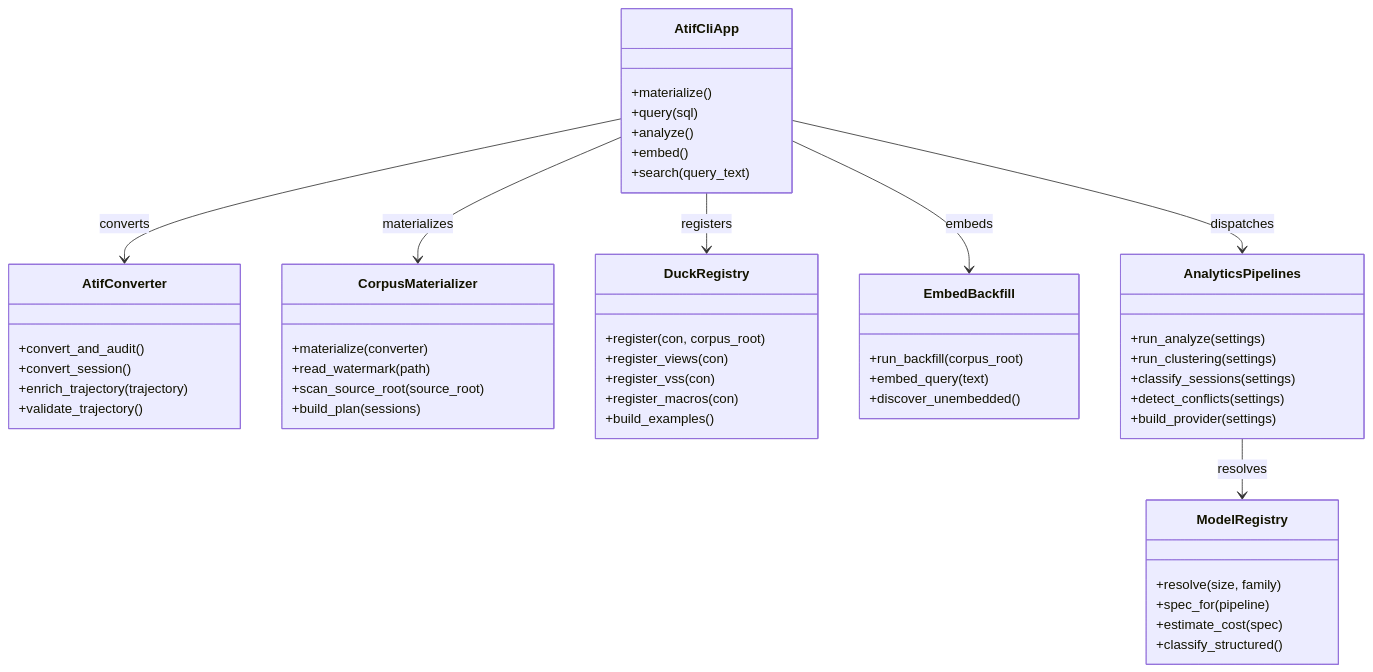
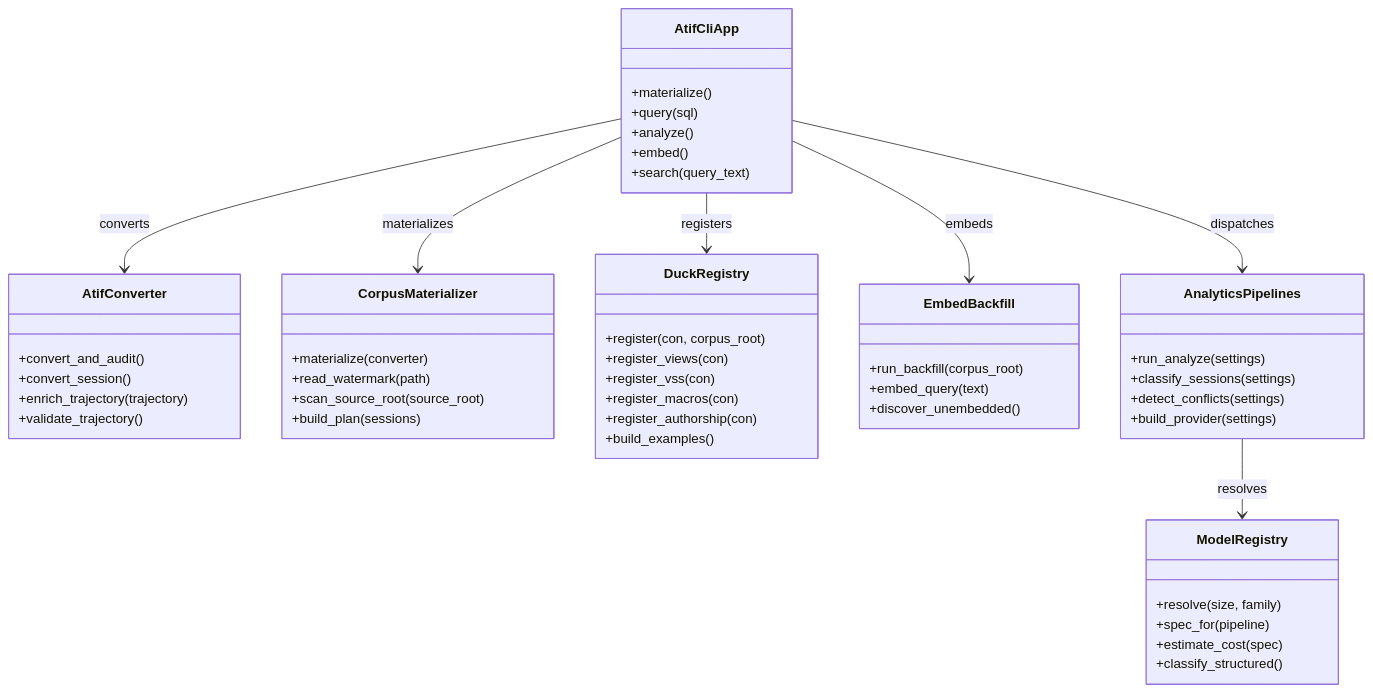
The diagram in docs/diagrams/architecture/components.md (laithalsaadoon/atif-sql), drawn with Mermaid before and after one commit. The commit also changed other lines of this file and 96 other files, not shown here.

````diff
--- a/docs/diagrams/architecture/components.md
+++ b/docs/diagrams/architecture/components.md
@@ -3,53 +3,53 @@
 ```mermaid
 classDiagram
     class AtifCliApp {
         +materialize()
         +query(sql)
         +analyze()
         +embed()
         +search(query_text)
     }
     class AtifConverter {
         +convert_and_audit()
         +convert_session()
         +enrich_trajectory(trajectory)
         +validate_trajectory()
     }
     class CorpusMaterializer {
         +materialize(converter)
         +read_watermark(path)
         +scan_source_root(source_root)
         +build_plan(sessions)
     }
     class DuckRegistry {
         +register(con, corpus_root)
         +register_views(con)
         +register_vss(con)
         +register_macros(con)
+        +register_authorship(con)
         +build_examples()
     }
     class EmbedBackfill {
         +run_backfill(corpus_root)
         +embed_query(text)
         +discover_unembedded()
     }
     class AnalyticsPipelines {
         +run_analyze(settings)
-        +run_clustering(settings)
         +classify_sessions(settings)
         +detect_conflicts(settings)
         +build_provider(settings)
     }
     class ModelRegistry {
         +resolve(size, family)
         +spec_for(pipeline)
         +estimate_cost(spec)
         +classify_structured()
     }
     AtifCliApp --> AtifConverter : converts
     AtifCliApp --> CorpusMaterializer : materializes
     AtifCliApp --> DuckRegistry : registers
     AtifCliApp --> AnalyticsPipelines : dispatches
     AtifCliApp --> EmbedBackfill : embeds
     AnalyticsPipelines --> ModelRegistry : resolves
 ```
````
